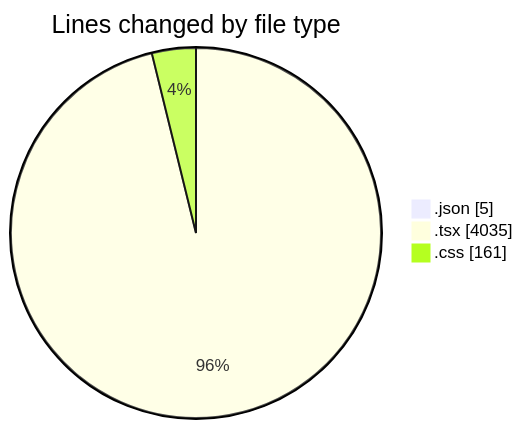
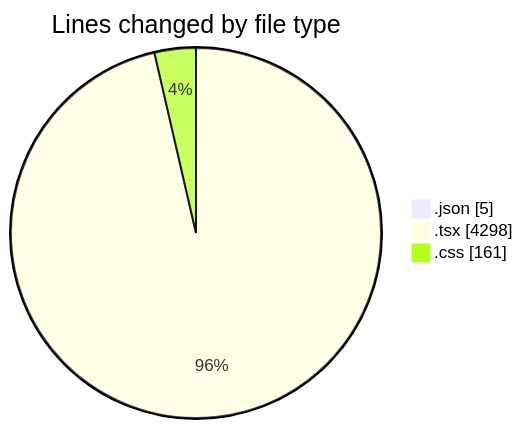
One commit to Elitesun/code-tracking changed the first of 2 diagrams in 2025-05-29/advertise/README.md. Above: the diagram before and after it, drawn with Mermaid. The commit also changed other lines of this file and 1 other file, not shown here.

````diff
--- a/2025-05-29/advertise/README.md
+++ b/2025-05-29/advertise/README.md
@@ -35,7 +37,7 @@
 ```mermaid
 pie showData
 title Lines changed by file type
 ".json" : 5
-".tsx" : 4035
+".tsx" : 4298
 ".css" : 161
 ```
````
